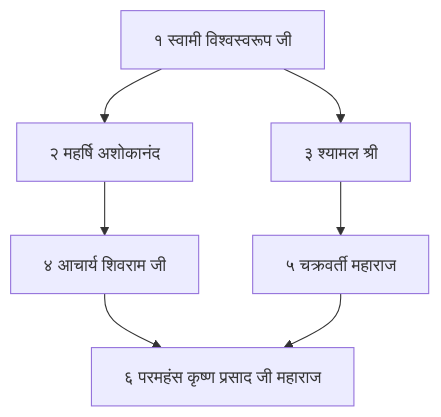
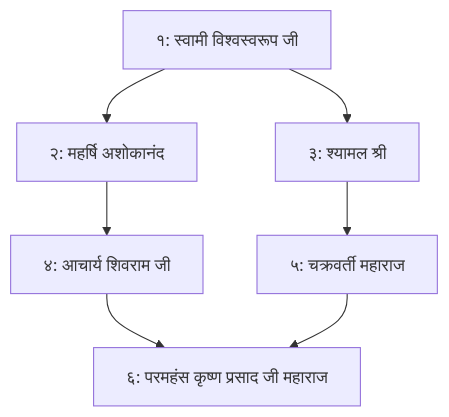
One commit to mohitlabs/mohitlabs.github.io changed the diagram in _posts/2025-12-22-shree-chakra-ka-itihaas.md. Above: the diagram before and after it, drawn with Mermaid. The commit also changed 8 other files, not shown here.

```diff
--- a/_posts/2025-12-22-shree-chakra-ka-itihaas.md
+++ b/_posts/2025-12-22-shree-chakra-ka-itihaas.md
@@ -13,16 +13,16 @@
 <pre class="mermaid">
     graph TD
-        A["१ स्वामी विश्वस्वरूप जी"]
-        B["२ महर्षि अशोकानंद"]
-        C["३ श्यामल श्री"]
-        D["४ आचार्य शिवराम जी"]
-        E["५ चक्रवर्ती महाराज"]
-        F["६ परमहंस कृष्ण प्रसाद जी महाराज"]
+        A["१: स्वामी विश्वस्वरूप जी"]
+        B["२: महर्षि अशोकानंद"]
+        C["३: श्यामल श्री"]
+        D["४: आचार्य शिवराम जी"]
+        E["५: चक्रवर्ती महाराज"]
+        F["६: परमहंस कृष्ण प्रसाद जी महाराज"]
 
         A --> B
         A --> C
         B --> D
         C --> E
         D --> F
         E --> F
 </pre>
```
